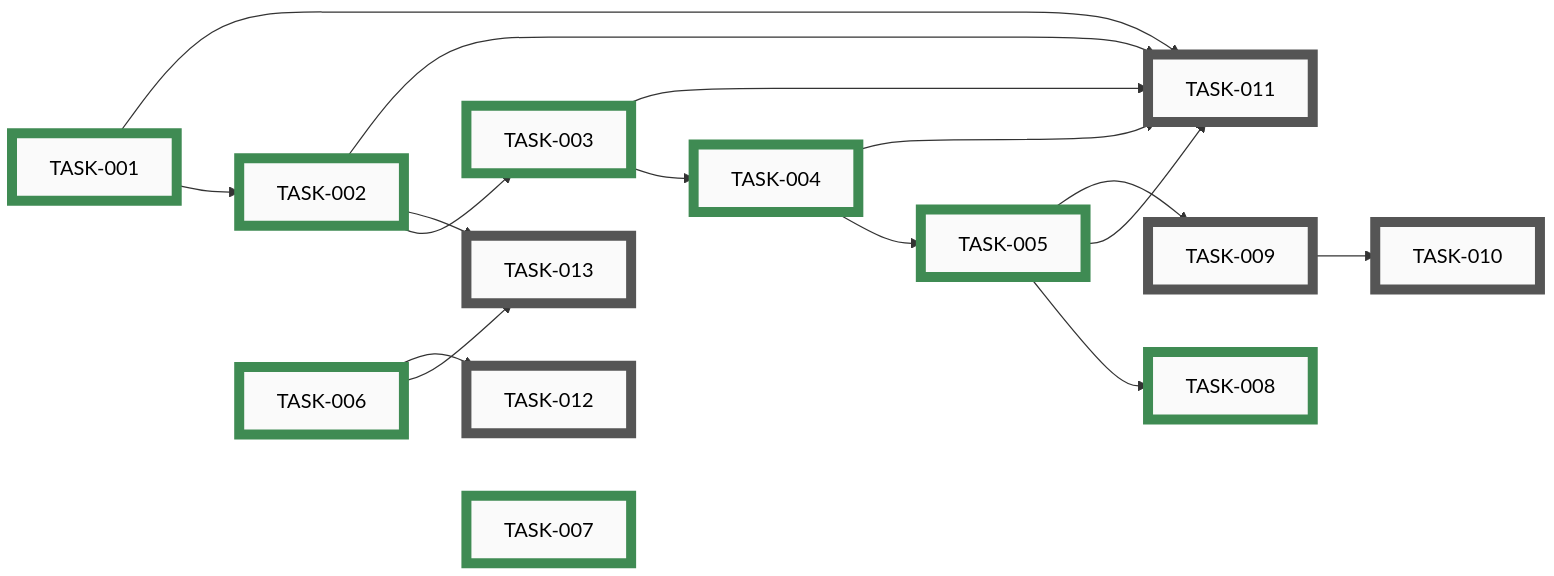
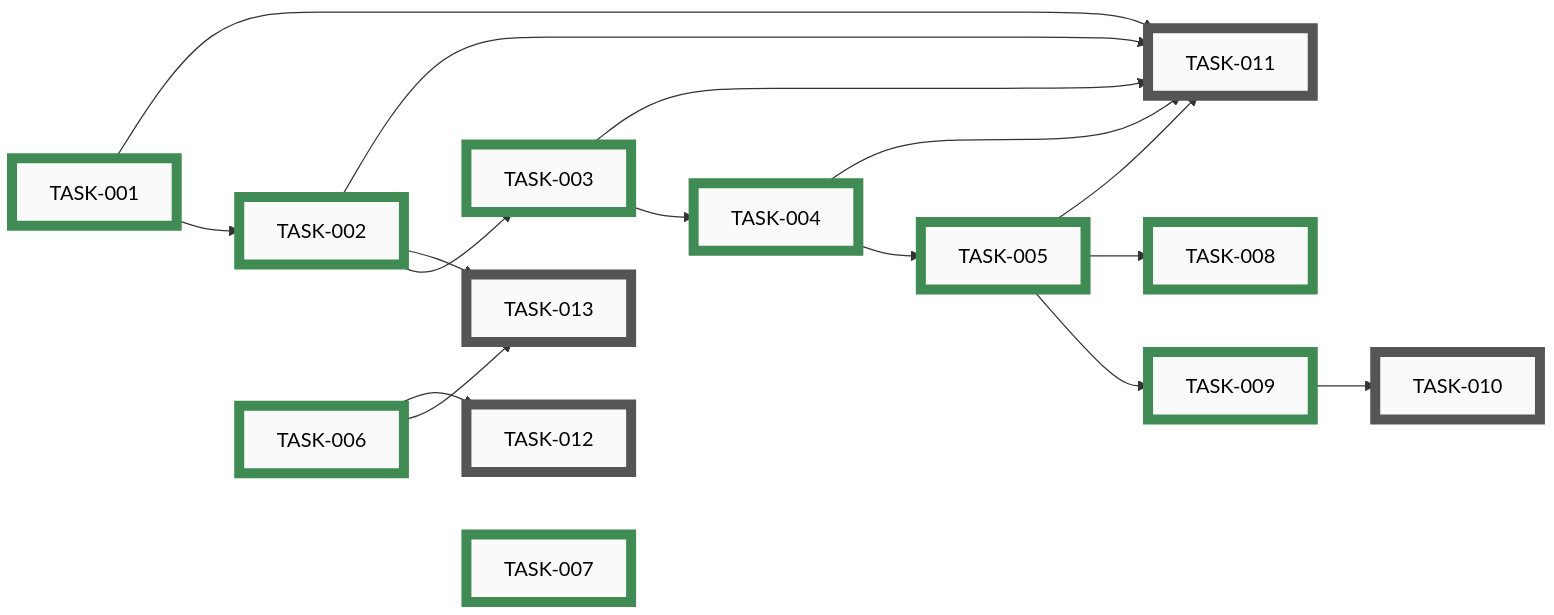
The diagram in docs/developers/tasks/EPICS.md (tgd1975/PartsLedger), drawn with Mermaid before and after one commit. The commit also changed other lines of this file and 8 other files, not shown here.

First line of the commit message:
close TASK-009: Port codeowner reminder mechanism

````diff
--- a/docs/developers/tasks/EPICS.md
+++ b/docs/developers/tasks/EPICS.md
@@ -21,53 +21,53 @@
 ```mermaid
 graph LR
-    TASK_009["TASK-009"]:::open
     TASK_010["TASK-010"]:::open
     TASK_011["TASK-011"]:::open
     TASK_012["TASK-012"]:::open
     TASK_013["TASK-013"]:::open
     TASK_001["TASK-001"]:::closed
     TASK_002["TASK-002"]:::closed
     TASK_003["TASK-003"]:::closed
     TASK_004["TASK-004"]:::closed
     TASK_005["TASK-005"]:::closed
     TASK_006["TASK-006"]:::closed
     TASK_007["TASK-007"]:::closed
     TASK_008["TASK-008"]:::closed
-    TASK_005 --> TASK_009
+    TASK_009["TASK-009"]:::closed
     TASK_009 --> TASK_010
     TASK_001 --> TASK_011
     TASK_002 --> TASK_011
     TASK_003 --> TASK_011
     TASK_004 --> TASK_011
     TASK_005 --> TASK_011
     TASK_006 --> TASK_012
     TASK_002 --> TASK_013
     TASK_006 --> TASK_013
     TASK_001 --> TASK_002
     TASK_002 --> TASK_003
     TASK_003 --> TASK_004
     TASK_004 --> TASK_005
     TASK_005 --> TASK_008
+    TASK_005 --> TASK_009
     TASK_001 ~~~ TASK_006 ~~~ TASK_007
-    click TASK_009 "open/task-009-codeowner-mechanism.md"
     click TASK_010 "open/task-010-codeowner-starter-skills.md"
     click TASK_011 "open/task-011-claude-md-rewrite.md"
     click TASK_012 "open/task-012-epic-run-and-autonomy.md"
     click TASK_013 "open/task-013-apply-branch-protection.md"
     click TASK_001 "closed/task-001-delete-sync-layer.md"
     click TASK_002 "closed/task-002-python-skeleton.md"
     click TASK_003 "closed/task-003-replace-pre-commit.md"
     click TASK_004 "closed/task-004-upgrade-commit-skill.md"
     click TASK_005 "closed/task-005-settings-json.md"
     click TASK_006 "closed/task-006-docs-verbatim-port.md"
     click TASK_007 "closed/task-007-architecture-doc.md"
     click TASK_008 "closed/task-008-security-review-hooks.md"
+    click TASK_009 "closed/task-009-codeowner-mechanism.md"
     classDef open    fill:#FAFAFA,stroke:#555,stroke-width:8px,color:#000
     classDef active  fill:#FAFAFA,stroke:#1A6FA8,stroke-width:8px,color:#000
     classDef closed  fill:#FAFAFA,stroke:#3F8B53,stroke-width:8px,color:#000
     classDef paused  fill:#FAFAFA,stroke:#B07810,stroke-width:8px,color:#000
     classDef openExt    fill:#000,stroke:#888,stroke-width:8px,color:#FFF
     classDef activeExt  fill:#000,stroke:#3FA9F5,stroke-width:8px,color:#FFF
     classDef closedExt  fill:#000,stroke:#7CC68A,stroke-width:8px,color:#FFF
     classDef pausedExt  fill:#000,stroke:#F0B030,stroke-width:8px,color:#FFF
 ```
````
